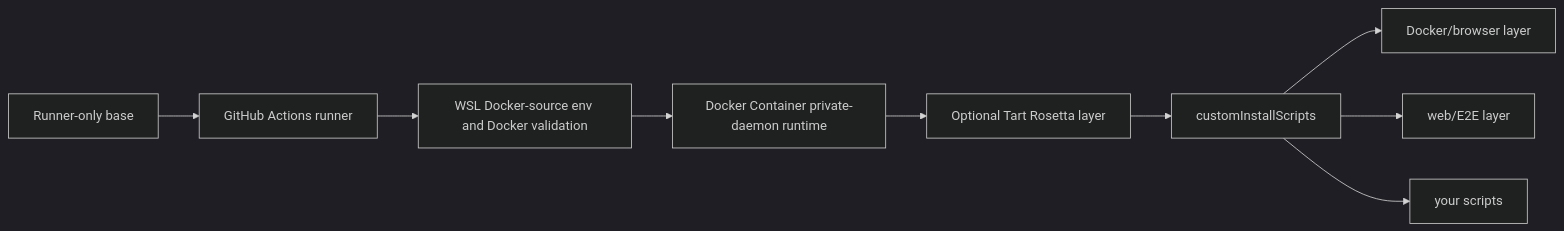
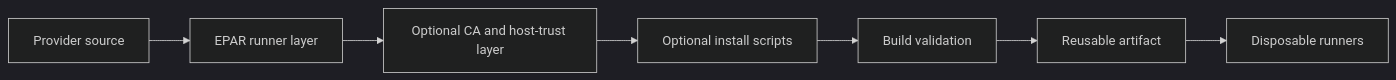
The diagram in docs/image-build.md (solutionforest/ephemeral-action-runner), drawn with Mermaid (dark theme) before and after one commit. The commit also changed other lines of this file and 27 other files, not shown here.

````diff
--- a/docs/image-build.md
+++ b/docs/image-build.md
@@ -62,11 +5,9 @@
 ```mermaid
 flowchart LR
-  Base["Runner-only base"] --> Runner["GitHub Actions runner"]
-  Runner --> WSLFull["WSL Docker-source env and Docker validation"]
-  WSLFull --> DockerContainer["Docker Container private-daemon runtime"]
-  DockerContainer --> Rosetta["Optional Tart Rosetta layer"]
-  Rosetta --> Optional["customInstallScripts"]
-  Optional --> Docker["Docker/browser layer"]
-  Optional --> Web["web/E2E layer"]
-  Optional --> Yours["your scripts"]
+  Source["Provider source"] --> Runner["EPAR runner layer"]
+  Runner --> Trust["Optional CA and host-trust layer"]
+  Trust --> Custom["Optional install scripts"]
+  Custom --> Verify["Build validation"]
+  Verify --> Artifact["Reusable artifact"]
+  Artifact --> Pool["Disposable runners"]
 ```
````
